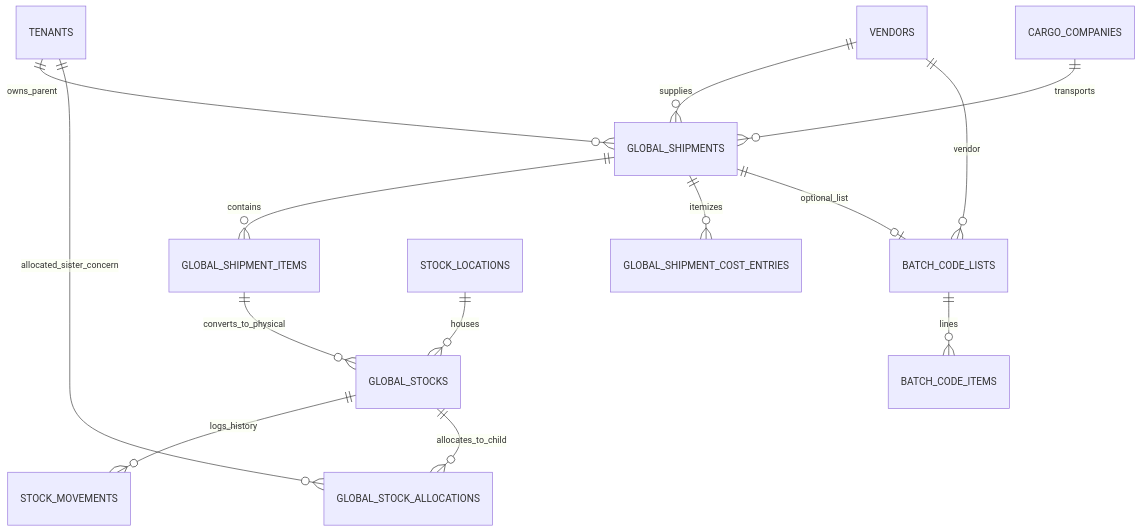
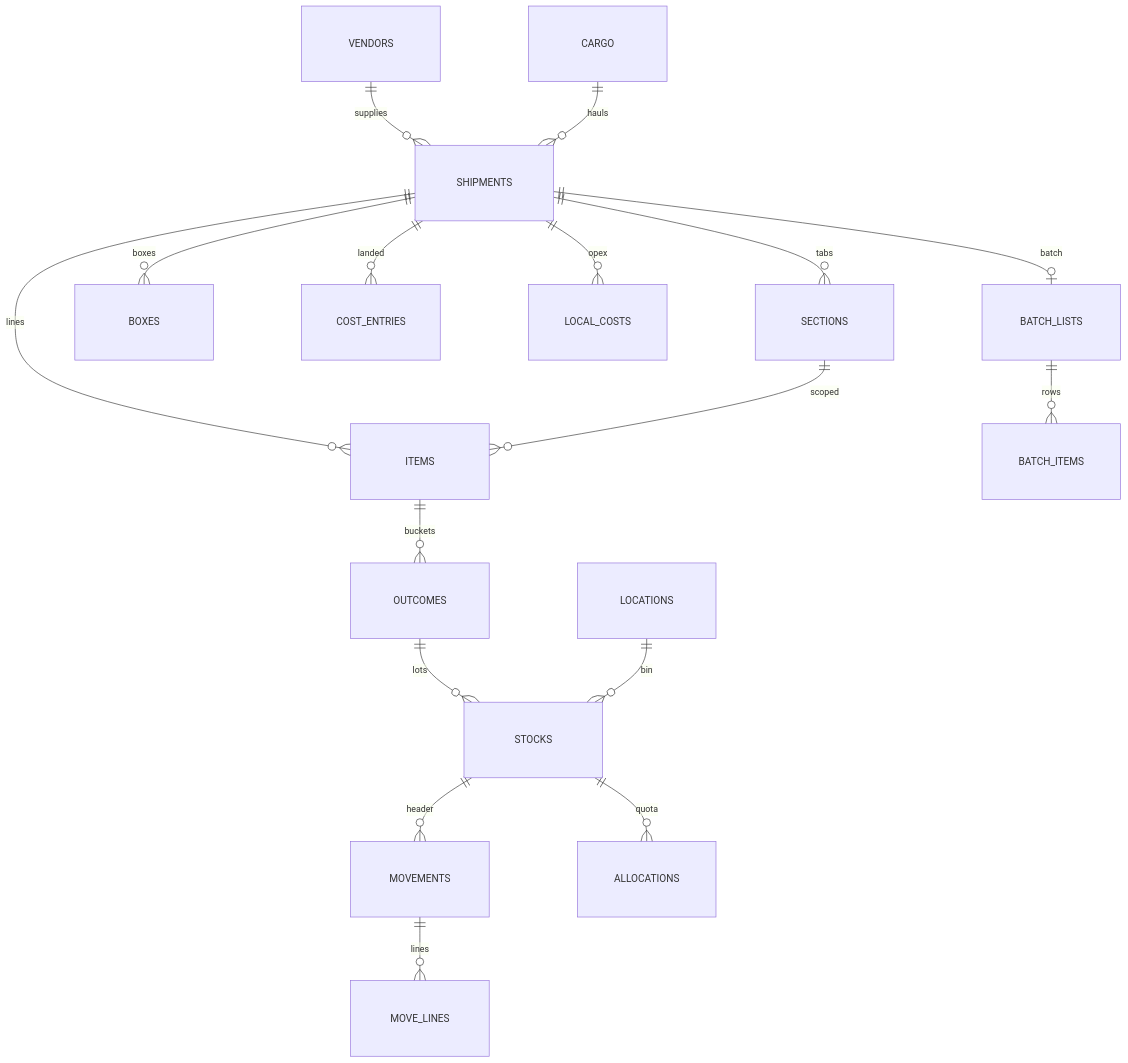
The first of 4 diagrams in docs/features/procurement_stock/02-data-model.md (david-git-2/brandwala-wholesale-quasar-v2), drawn with Mermaid before and after one commit. The commit also changed other lines of this file and 58 other files, not shown here.

````diff
--- a/docs/features/procurement_stock/02-data-model.md
+++ b/docs/features/procurement_stock/02-data-model.md
@@ -12,16 +16,21 @@
 ```mermaid
+%%{init: {"er": {"useMaxWidth": true, "layoutDirection": "TB", "minEntityWidth": 220, "minEntityHeight": 90, "entityPadding": 24, "fontSize": 16, "diagramPadding": 32}}}%%
 erDiagram
-    TENANTS ||--o{ GLOBAL_SHIPMENTS : owns_parent
-    VENDORS ||--o{ GLOBAL_SHIPMENTS : supplies
-    CARGO_COMPANIES ||--o{ GLOBAL_SHIPMENTS : transports
-    GLOBAL_SHIPMENTS ||--o{ GLOBAL_SHIPMENT_ITEMS : contains
-    GLOBAL_SHIPMENTS ||--o{ GLOBAL_SHIPMENT_COST_ENTRIES : itemizes
-    GLOBAL_SHIPMENT_ITEMS ||--o{ GLOBAL_STOCKS : converts_to_physical
-    STOCK_LOCATIONS ||--o{ GLOBAL_STOCKS : houses
-    GLOBAL_STOCKS ||--o{ STOCK_MOVEMENTS : logs_history
-    GLOBAL_STOCKS ||--o{ GLOBAL_STOCK_ALLOCATIONS : allocates_to_child
-    TENANTS ||--o{ GLOBAL_STOCK_ALLOCATIONS : allocated_sister_concern
-    GLOBAL_SHIPMENTS ||--o| BATCH_CODE_LISTS : optional_list
-    VENDORS ||--o{ BATCH_CODE_LISTS : vendor
-    BATCH_CODE_LISTS ||--o{ BATCH_CODE_ITEMS : lines
+    direction TB
+    VENDORS ||--o{ SHIPMENTS : supplies
+    CARGO ||--o{ SHIPMENTS : hauls
+    SHIPMENTS ||--o{ SECTIONS : tabs
+    SHIPMENTS ||--o{ ITEMS : lines
+    SECTIONS ||--o{ ITEMS : scoped
+    SHIPMENTS ||--o{ BOXES : boxes
+    SHIPMENTS ||--o{ COST_ENTRIES : landed
+    SHIPMENTS ||--o{ LOCAL_COSTS : opex
+    SHIPMENTS ||--o| BATCH_LISTS : batch
+    BATCH_LISTS ||--o{ BATCH_ITEMS : rows
+    ITEMS ||--o{ OUTCOMES : buckets
+    OUTCOMES ||--o{ STOCKS : lots
+    LOCATIONS ||--o{ STOCKS : bin
+    STOCKS ||--o{ MOVEMENTS : header
+    MOVEMENTS ||--o{ MOVE_LINES : lines
+    STOCKS ||--o{ ALLOCATIONS : quota
 ```
````
